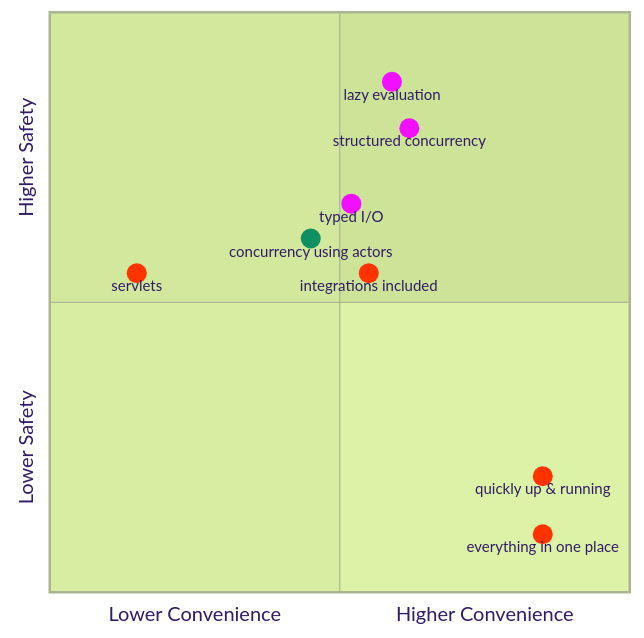
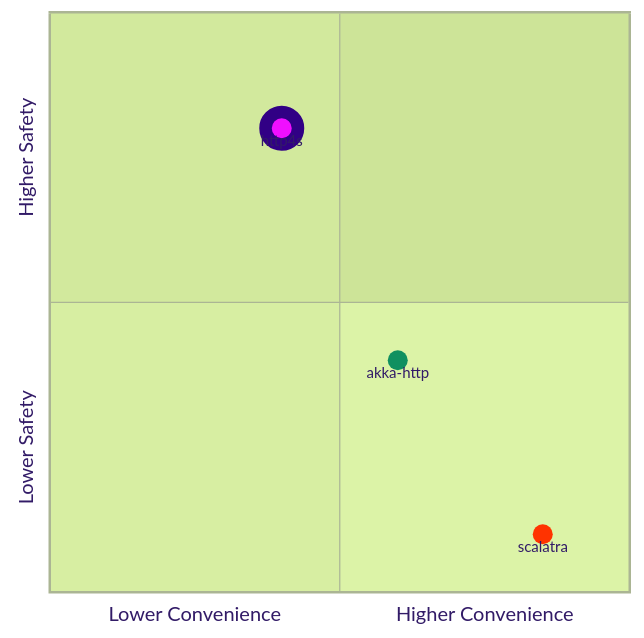
One commit to polyvariant/flavors-of-scala changed diagram 12 of 14 in slides/http.md. Above: the diagram before and after it, drawn with Mermaid (forest theme). The commit also changed other lines of this file and 3 other files, not shown here.

Commit message:
Improve the http flow, simplify, remove slides

````diff
--- a/slides/http.md
+++ b/slides/http.md
@@ -993,19 +758,13 @@
 ```mermaid {scale: 0.8}
 quadrantChart
   x-axis Lower Convenience --> Higher Convenience
   y-axis Lower Safety --> Higher Safety
-  everything in one place:::scalatra: [0.85, 0.1]
-  quickly up & running:::scalatra: [0.85, 0.2]
-  servlets:::scalatra: [0.15, 0.55]
-  integrations included:::scalatra: [0.55, 0.55]
-  concurrency using actors:::actors: [0.45, 0.61]
-  typed I/O:::io: [0.52, 0.67]
-  structured concurrency:::io: [0.62, 0.8]
-  lazy evaluation:::io: [0.59, 0.88]
+  scalatra:::scalatra: [0.85, 0.1]
+  akka-http:::akka: [0.6, 0.4]
+  http4s:::http4s: [0.4, 0.8]
 
   classDef scalatra color: #ff3300, radius : 8
-  classDef actors color: #109060, radius : 8
-  classDef io color: #f00fff, radius : 8
-  classDef class2 color: #908342, radius : 8, stroke-color: #310085, stroke-width: 10px
-  classDef class3 color: #f00fff, radius : 8
+  classDef akka color: #109060, radius : 8
+  classDef http4s color: #f00fff, radius : 13, stroke-color: #310085, stroke-width: 10px
+  classDef tapir color: #F99111, radius : 8
 ```
````
